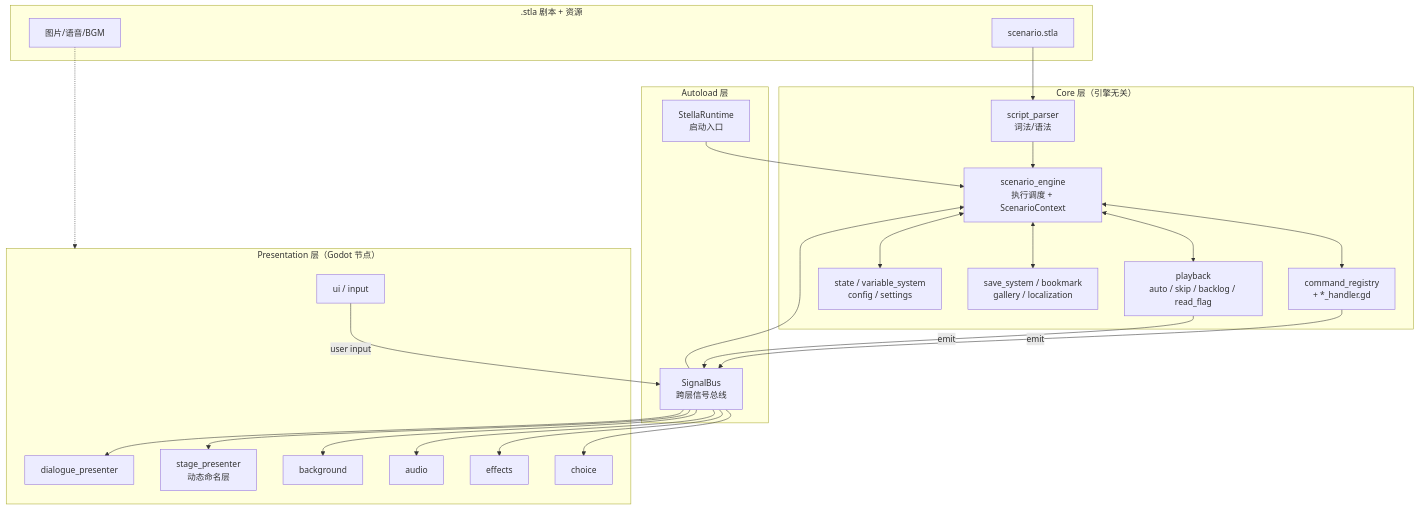
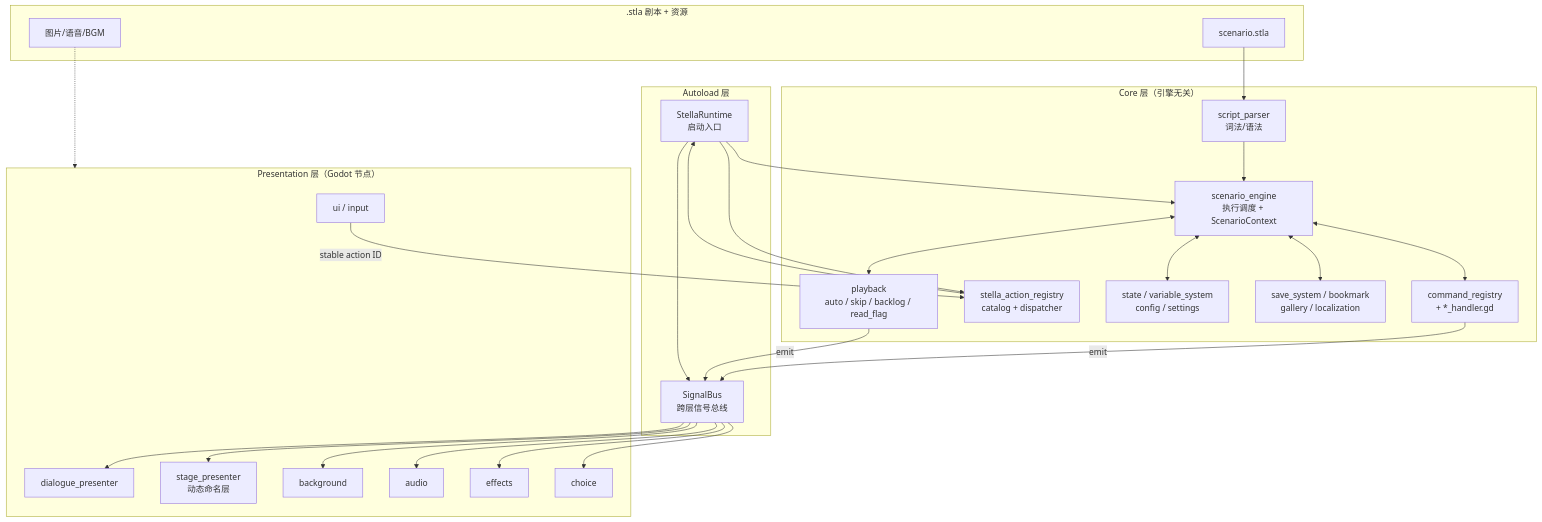
Before and after one commit to butter-stella/stella: the first of 3 diagrams in docs/ARCHITECTURE.md, drawn with Mermaid. The commit also changed other lines of this file and 34 other files, not shown here.

First line of the commit message:
feat: add public action registry and declarative bindings (#215)

````diff
--- a/docs/ARCHITECTURE.md
+++ b/docs/ARCHITECTURE.md
@@ -30,48 +32,51 @@
 ```mermaid
 flowchart TB
     subgraph Content[".stla 剧本 + 资源"]
         STLA[scenario.stla]
         ASSETS[图片/语音/BGM]
     end
 
     subgraph Autoload["Autoload 层"]
         RT[StellaRuntime<br/>启动入口]
         BUS[SignalBus<br/>跨层信号总线]
     end
 
     subgraph Core["Core 层（引擎无关）"]
         PARSER[script_parser<br/>词法/语法]
         ENGINE[scenario_engine<br/>执行调度 + ScenarioContext]
         REG[command_registry<br/>+ *_handler.gd]
+        ACTION[stella_action_registry<br/>catalog + dispatcher]
         STATE[state / variable_system<br/>config / settings]
         SAVE[save_system / bookmark<br/>gallery / localization]
         PLAY[playback<br/>auto / skip / backlog / read_flag]
     end
 
     subgraph Presentation["Presentation 层（Godot 节点）"]
         DLG[dialogue_presenter]
         STAGE[stage_presenter<br/>动态命名层]
         BG[background]
         AUD[audio]
         FX[effects]
         CHO[choice]
         UI[ui / input]
     end
 
     STLA --> PARSER --> ENGINE
     ASSETS -.-> Presentation
     RT --> ENGINE
+    RT --> ACTION
     ENGINE <--> REG
     ENGINE <--> STATE
     ENGINE <--> SAVE
     ENGINE <--> PLAY
     REG -- emit --> BUS
     PLAY -- emit --> BUS
     BUS --> DLG
     BUS --> STAGE
     BUS --> BG
     BUS --> AUD
     BUS --> FX
     BUS --> CHO
-    UI -- user input --> BUS --> ENGINE
+    UI -- stable action ID --> ACTION --> RT
+    RT --> BUS
 ```
````
